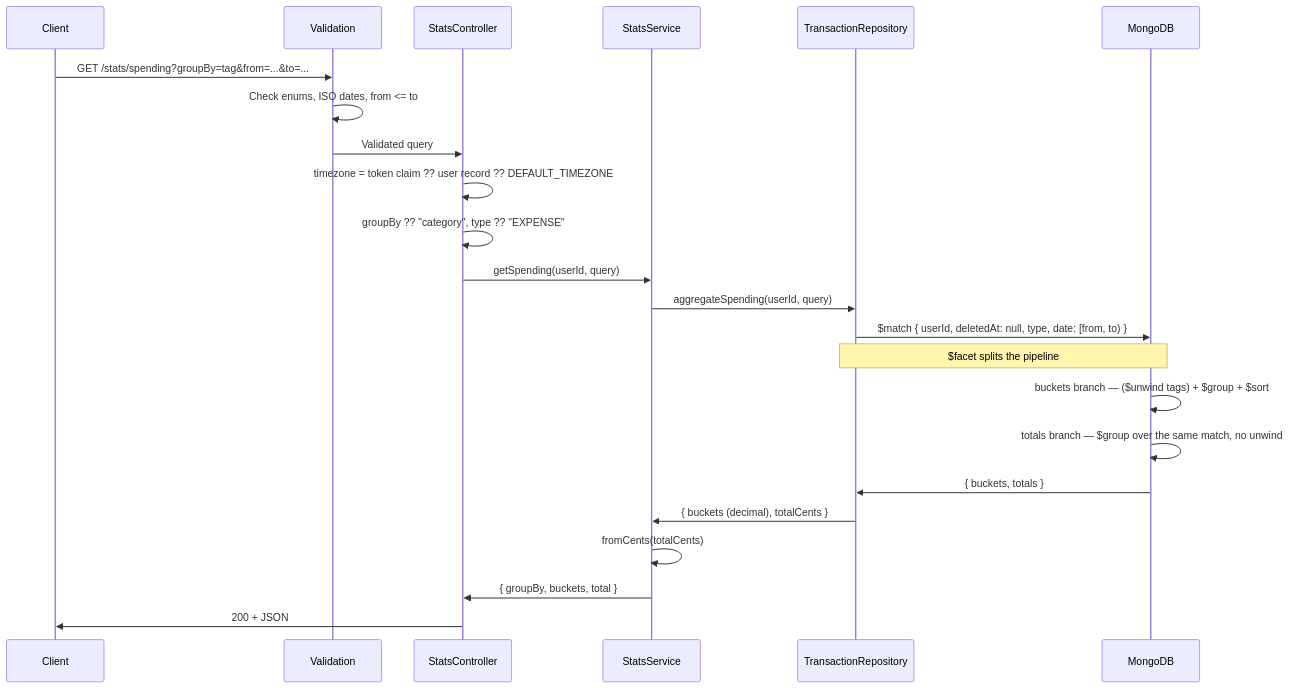
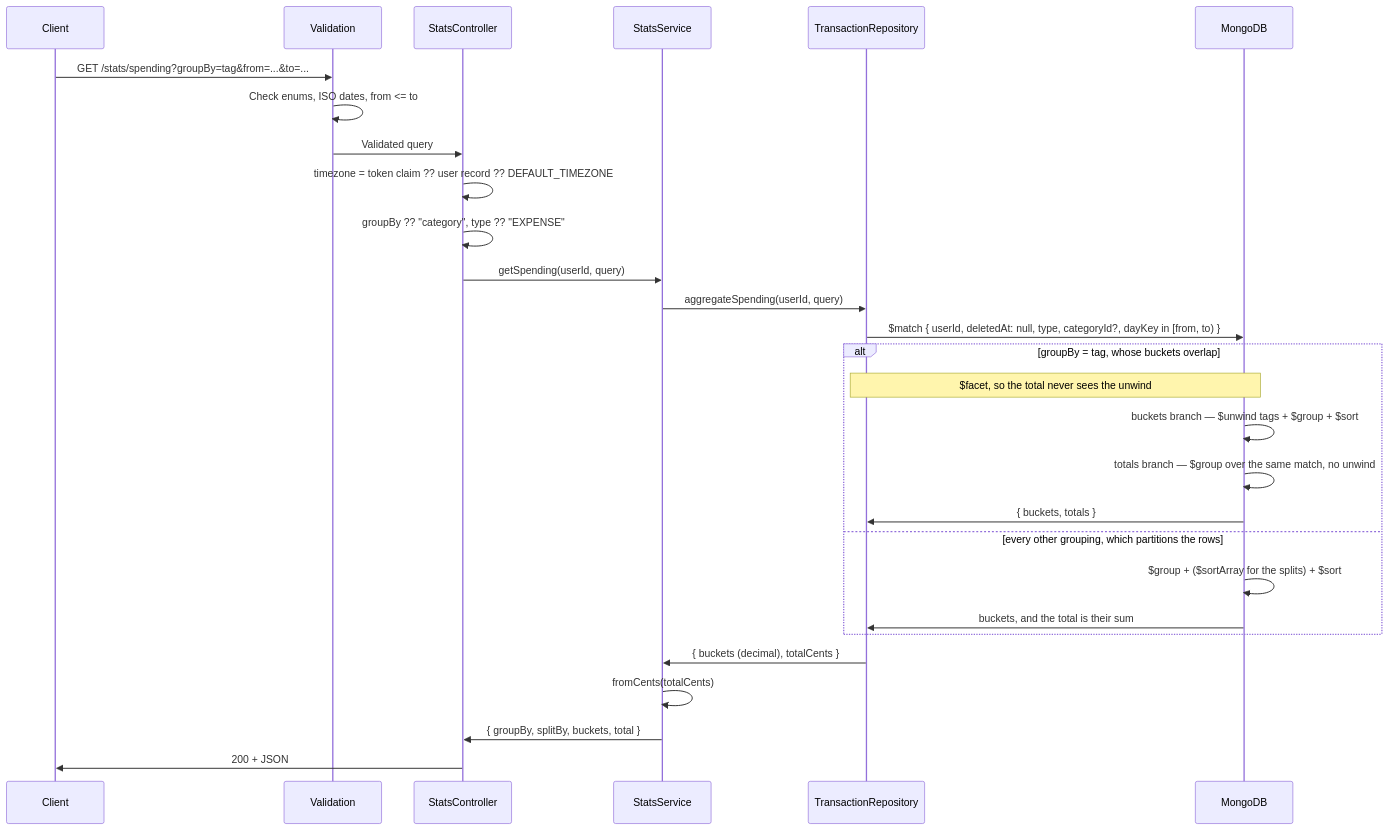
Before and after one commit to alex16jpv/lag-money-manager: the diagram in docs/modules/stats.md, drawn with Mermaid. The commit also changed other lines of this file and 29 other files, not shown here.

````diff
--- a/docs/modules/stats.md
+++ b/docs/modules/stats.md
@@ -89,26 +124,31 @@
 ```mermaid
 sequenceDiagram
     participant C as Client
     participant VAL as Validation
     participant CTRL as StatsController
     participant SVC as StatsService
     participant REPO as TransactionRepository
     participant DB as MongoDB
 
     C->>VAL: GET /stats/spending?groupBy=tag&from=...&to=...
     VAL->>VAL: Check enums, ISO dates, from <= to
     VAL->>CTRL: Validated query
     CTRL->>CTRL: timezone = token claim ?? user record ?? DEFAULT_TIMEZONE
     CTRL->>CTRL: groupBy ?? "category", type ?? "EXPENSE"
     CTRL->>SVC: getSpending(userId, query)
     SVC->>REPO: aggregateSpending(userId, query)
-    REPO->>DB: $match { userId, deletedAt: null, type, date: [from, to) }
-    Note over REPO,DB: $facet splits the pipeline
-    DB->>DB: buckets branch — ($unwind tags) + $group + $sort
-    DB->>DB: totals branch — $group over the same match, no unwind
-    DB->>REPO: { buckets, totals }
+    REPO->>DB: $match { userId, deletedAt: null, type, categoryId?, dayKey in [from, to) }
+    alt groupBy = tag, whose buckets overlap
+        Note over REPO,DB: $facet, so the total never sees the unwind
+        DB->>DB: buckets branch — $unwind tags + $group + $sort
+        DB->>DB: totals branch — $group over the same match, no unwind
+        DB->>REPO: { buckets, totals }
+    else every other grouping, which partitions the rows
+        DB->>DB: $group + ($sortArray for the splits) + $sort
+        DB->>REPO: buckets, and the total is their sum
+    end
     REPO->>SVC: { buckets (decimal), totalCents }
     SVC->>SVC: fromCents(totalCents)
-    SVC->>CTRL: { groupBy, buckets, total }
+    SVC->>CTRL: { groupBy, splitBy, buckets, total }
     CTRL->>C: 200 + JSON
 ```
````
